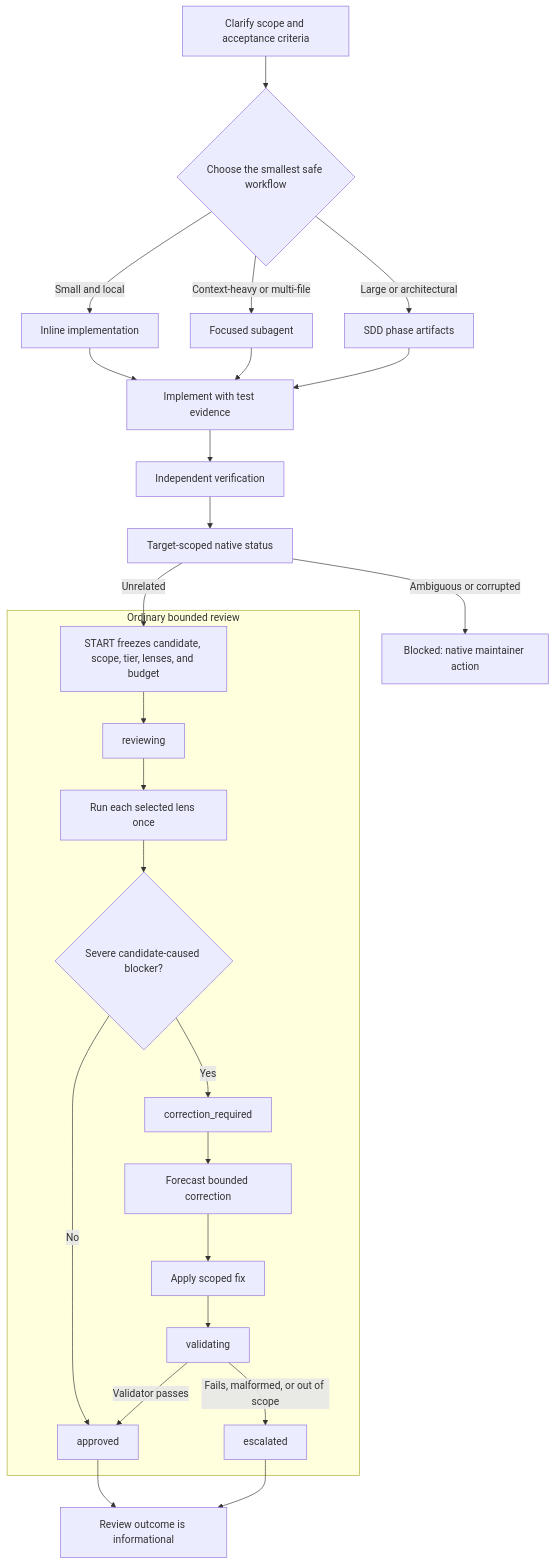
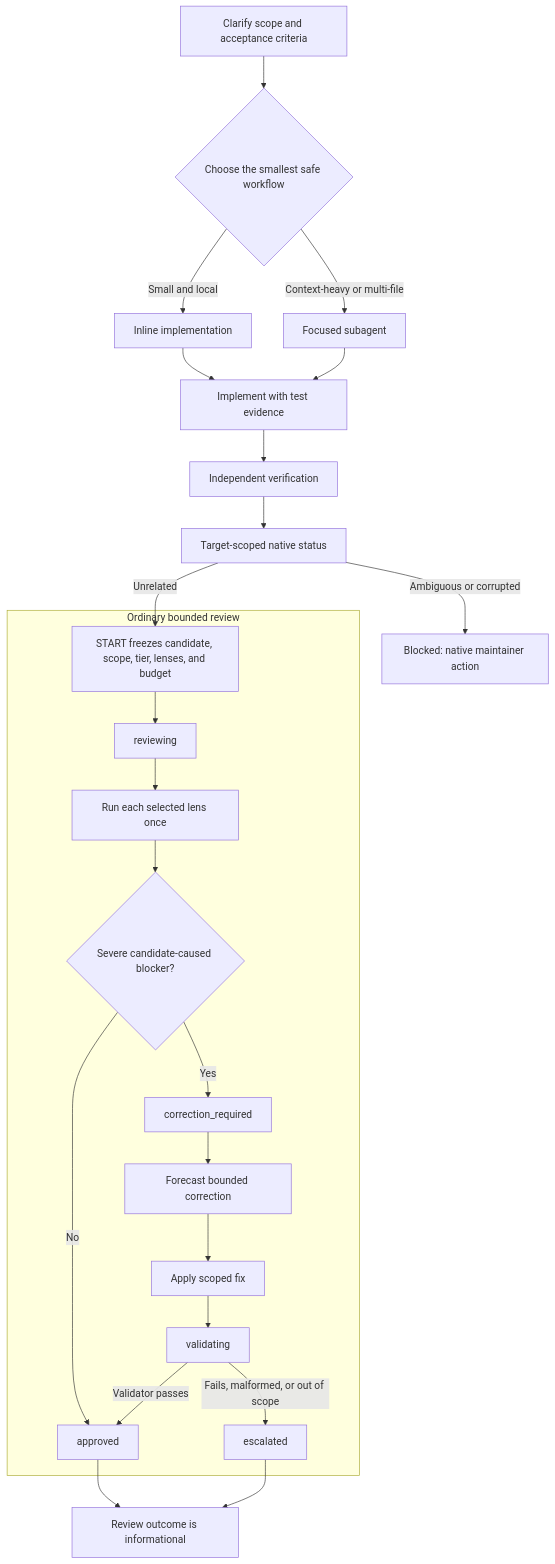
Before and after one commit to AutanaSoft/gentle-shell: the second of 2 diagrams in docs/readme-reference.md, drawn with Mermaid. The commit also changed other lines of this file and 259 other files, not shown here.

````diff
--- a/docs/readme-reference.md
+++ b/docs/readme-reference.md
@@ -489,30 +463,28 @@
 ```mermaid
 flowchart TD
     A["Clarify scope and acceptance criteria"] --> B{"Choose the smallest safe workflow"}
     B -->|Small and local| C["Inline implementation"]
     B -->|Context-heavy or multi-file| D["Focused subagent"]
-    B -->|Large or architectural| E["SDD phase artifacts"]
     C --> F["Implement with test evidence"]
     D --> F
-    E --> F
     F --> G["Independent verification"]
     G --> H["Target-scoped native status"]
     H -->|Ambiguous or corrupted| X["Blocked: native maintainer action"]
     H -->|Unrelated| I["START freezes candidate, scope, tier, lenses, and budget"]
 
     subgraph Ordinary_review["Ordinary bounded review"]
         I --> R["reviewing"]
         R --> J["Run each selected lens once"]
         J --> K{"Severe candidate-caused blocker?"}
         K -->|No| A1["approved"]
         K -->|Yes| C1["correction_required"]
         C1 --> C2["Forecast bounded correction"]
         C2 --> C3["Apply scoped fix"]
         C3 --> V["validating"]
         V -->|Validator passes| A1
 		V -->|Fails, malformed, or out of scope| E1["escalated"]
     end
 
     A1 --> O["Review outcome is informational"]
     E1 --> O
 ```
````
